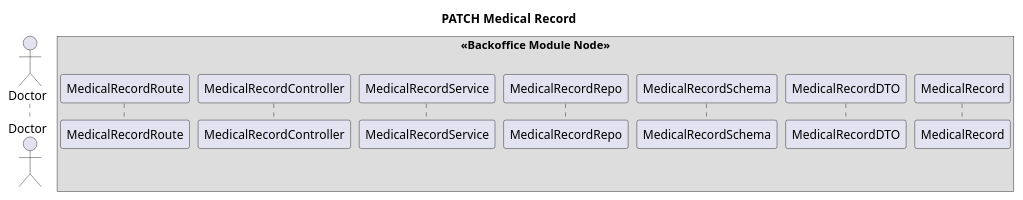
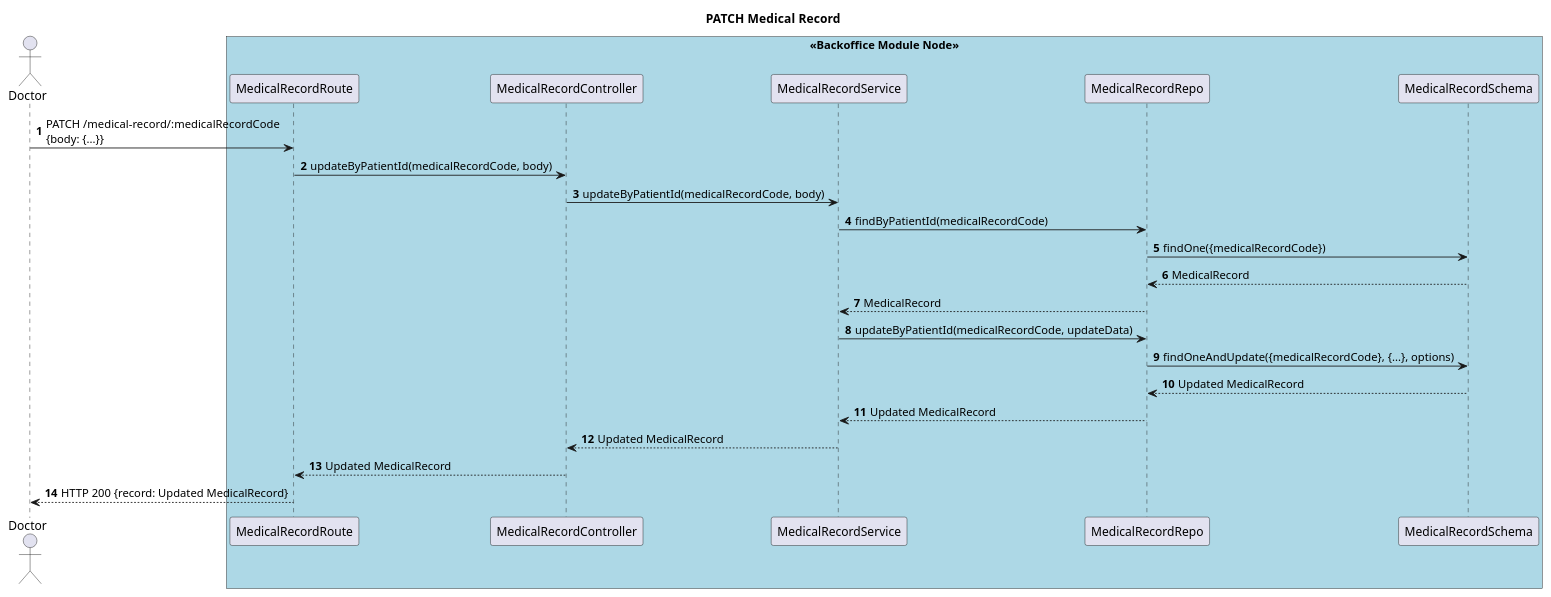
The diagram in docs/sprint3/7.2.6/Vista de Processos/3_sd.puml (Departamento-de-Engenharia-Informatica/sem5pi-24-25-3NA_G74), drawn with PlantUML before and after one commit. The commit also changed 12 other files, not shown here.

First line of the commit message:
implementation Medical Record finish

```diff
--- a/docs/sprint3/7.2.6/Vista de Processos/3_sd.puml
+++ b/docs/sprint3/7.2.6/Vista de Processos/3_sd.puml
@@ -1,22 +1,32 @@
 @startuml
-
 
 autonumber
 
 actor "Doctor" as doc
 
 title "PATCH Medical Record"
 
-box "<<Backoffice Module Node>>"
+box "<<Backoffice Module Node>>" #LightBlue
+participant MedicalRecordRoute as route
+participant MedicalRecordController as controller
+participant MedicalRecordService as service
+participant MedicalRecordRepo as repo
+participant MedicalRecordSchema as schema
+end box
 
-participant MedicalRecordRoute
-participant MedicalRecordController
-participant MedicalRecordService
-participant MedicalRecordRepo
-participant MedicalRecordSchema
-participant MedicalRecordDTO
-participant MedicalRecord
-
-
+doc -> route: PATCH /medical-record/:medicalRecordCode\n{body: {...}}
+route -> controller: updateByPatientId(medicalRecordCode, body)
+controller -> service: updateByPatientId(medicalRecordCode, body)
+service -> repo: findByPatientId(medicalRecordCode)
+repo -> schema: findOne({medicalRecordCode})
+schema --> repo: MedicalRecord
+repo --> service: MedicalRecord
+service -> repo: updateByPatientId(medicalRecordCode, updateData)
+repo -> schema: findOneAndUpdate({medicalRecordCode}, {...}, options)
+schema --> repo: Updated MedicalRecord
+repo --> service: Updated MedicalRecord
+service --> controller: Updated MedicalRecord
+controller --> route: Updated MedicalRecord
+route --> doc: HTTP 200 {record: Updated MedicalRecord}
 
 @enduml
```
